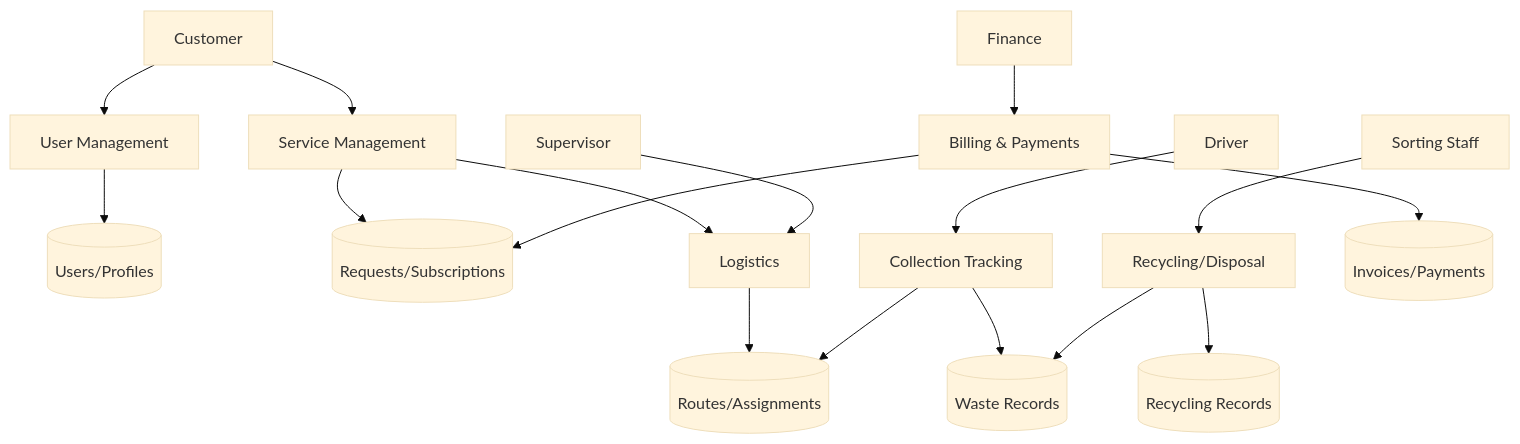
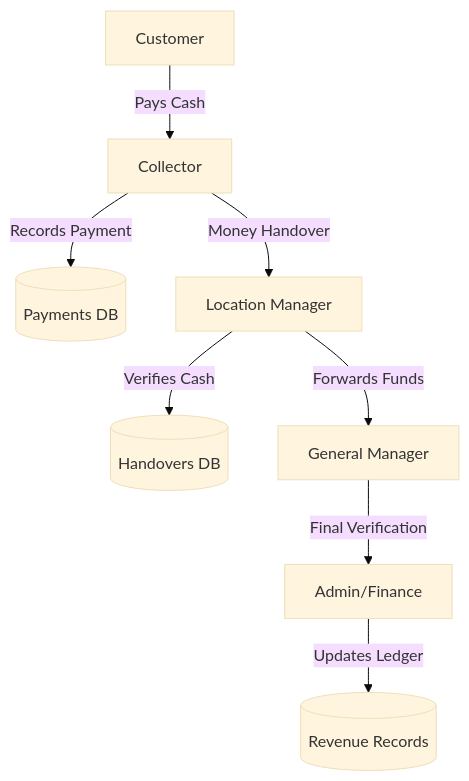
One commit to 0788231715/Agruni changed the third of 5 diagrams in DESIGN.md. Above: the diagram before and after it, drawn with Mermaid (base theme). The commit also changed other lines of this file and 66 other files, not shown here.

````diff
--- a/DESIGN.md
+++ b/DESIGN.md
@@ -99,24 +69,10 @@
 ```mermaid
 graph TD
-    C[Customer] --> P1[User Management]
-    P1 --> D1[(Users/Profiles)]
-    
-    C --> P2[Service Management]
-    P2 --> D2[(Requests/Subscriptions)]
-    
-    P2 --> P3[Logistics]
-    SV[Supervisor] --> P3
-    P3 --> D3[(Routes/Assignments)]
-    
-    D[Driver] --> P4[Collection Tracking]
-    P4 --> D3
-    P4 --> D4[(Waste Records)]
-    
-    S[Sorting Staff] --> P5[Recycling/Disposal]
-    P5 --> D4
-    P5 --> D5[(Recycling Records)]
-    
-    F[Finance] --> P6[Billing & Payments]
-    P6 --> D2
-    P6 --> D6[(Invoices/Payments)]
+    C[Customer] -- Pays Cash --> CO[Collector]
+    CO -- Records Payment --> P_DB[(Payments DB)]
+    CO -- Money Handover --> LM[Location Manager]
+    LM -- Verifies Cash --> MH_DB[(Handovers DB)]
+    LM -- Forwards Funds --> GM[General Manager]
+    GM -- Final Verification --> AD[Admin/Finance]
+    AD -- Updates Ledger --> REVENUE[(Revenue Records)]
 ```
````
